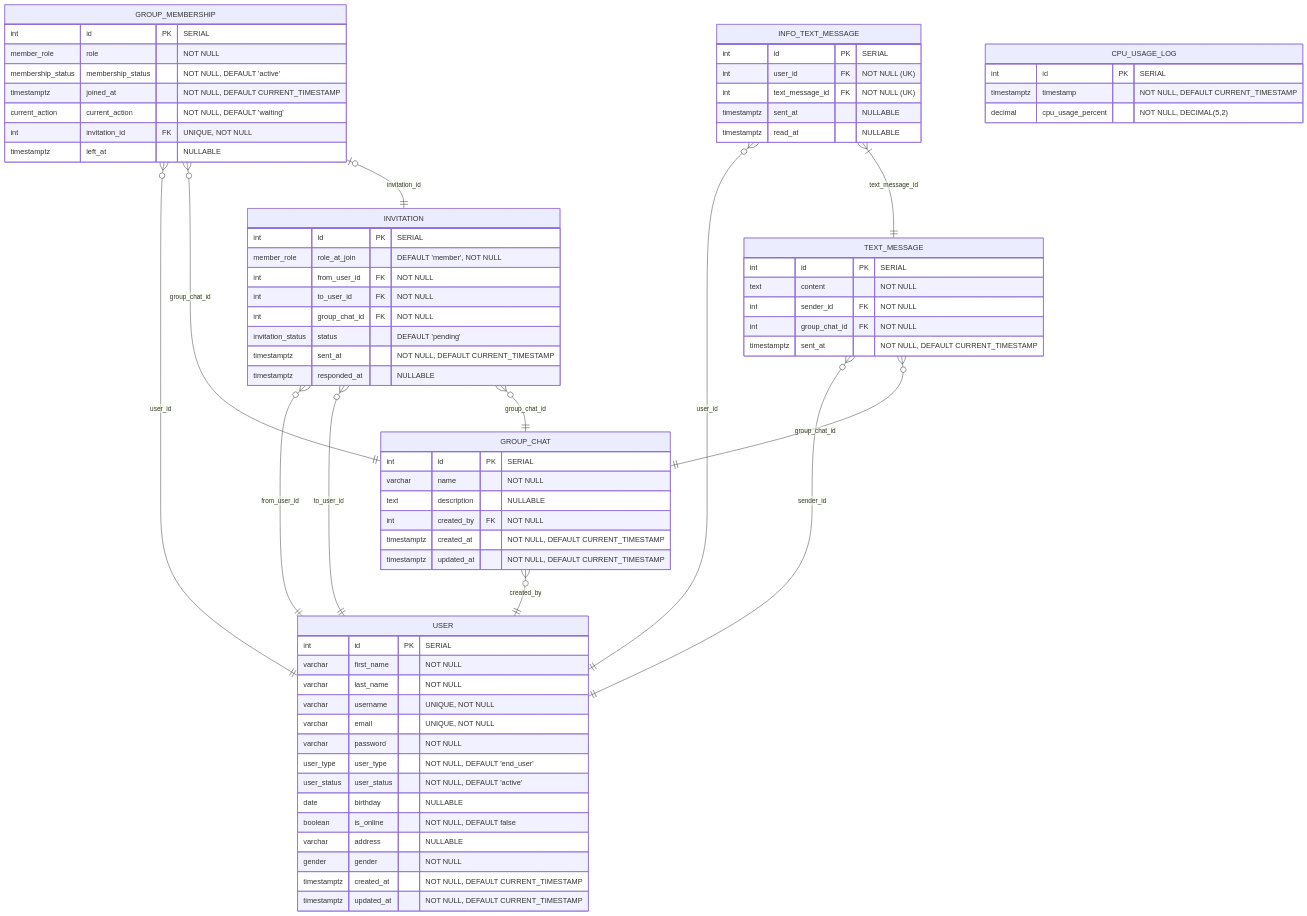
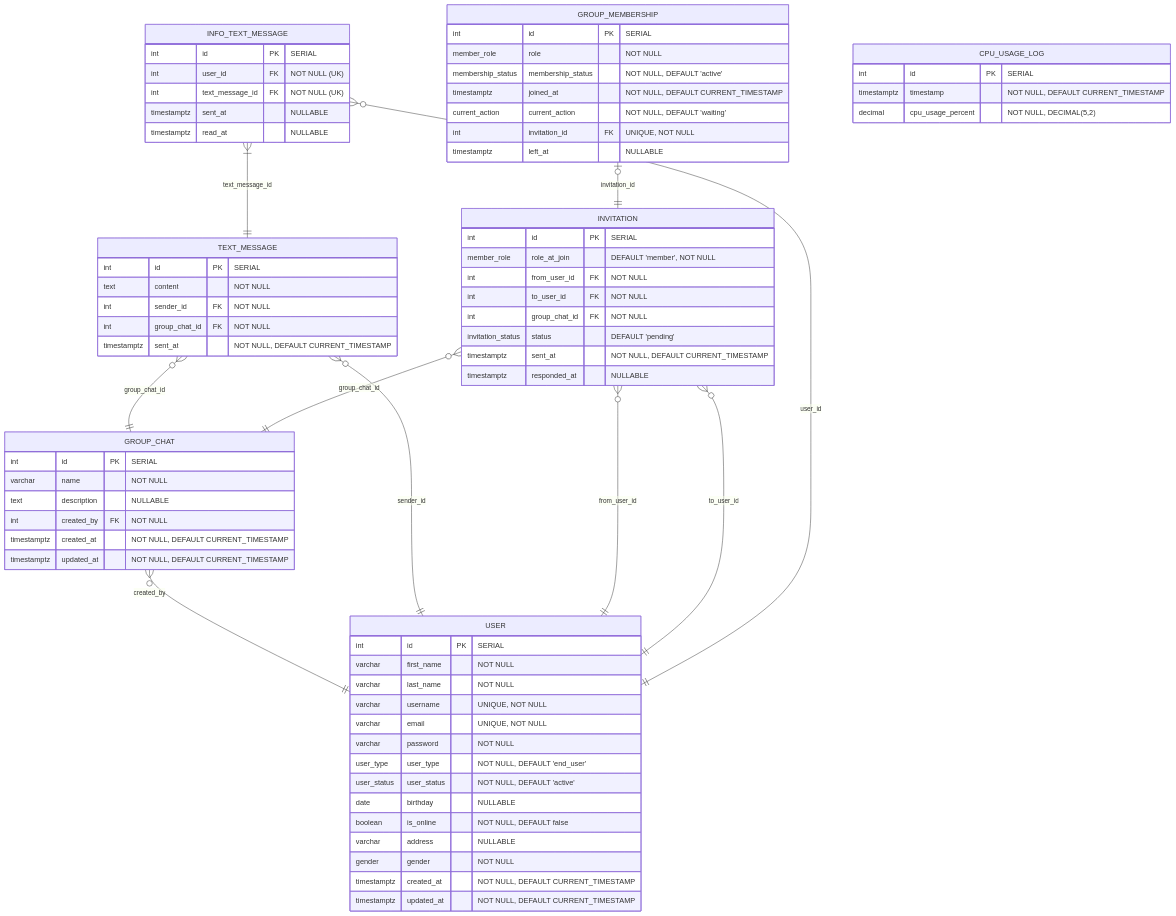
The diagram in doc/database.md (Enric0-Balb0/ruggine-chat), drawn with Mermaid before and after one commit.

Commit message:
Refactor: remove unnecessary foreign key constraints from GROUP_MEMBERSHIP

```diff
--- a/doc/database.md
+++ b/doc/database.md
@@ -84,8 +84,6 @@
     GROUP_CHAT }o--|| USER : "created_by"
     TEXT_MESSAGE }o--|| USER : "sender_id"
     TEXT_MESSAGE }o--|| GROUP_CHAT : "group_chat_id"
-    GROUP_MEMBERSHIP }o--|| USER : "user_id"
-    GROUP_MEMBERSHIP }o--|| GROUP_CHAT : "group_chat_id"
     GROUP_MEMBERSHIP o|--|| INVITATION : "invitation_id"
     INVITATION }o--|| USER : "from_user_id"
     INVITATION }o--|| USER : "to_user_id"
```
